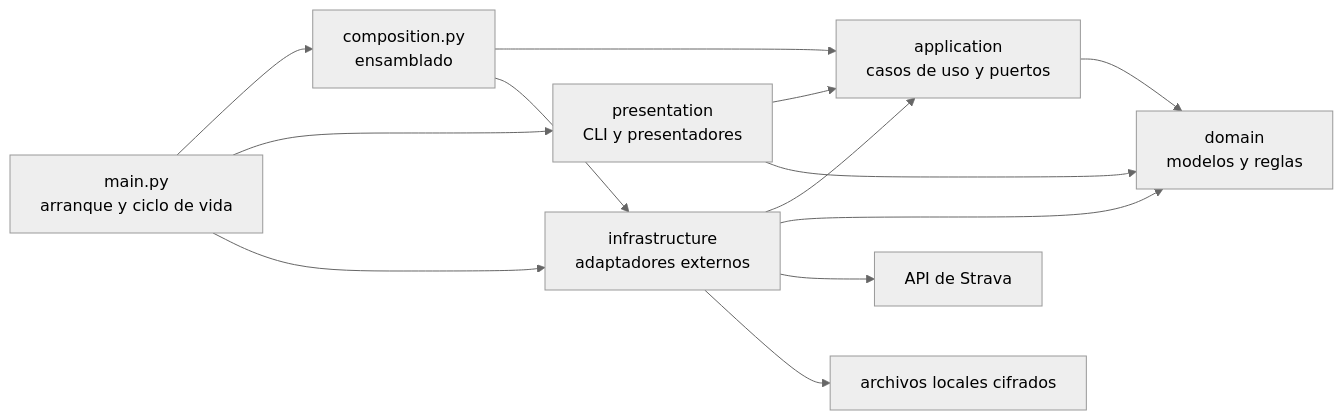
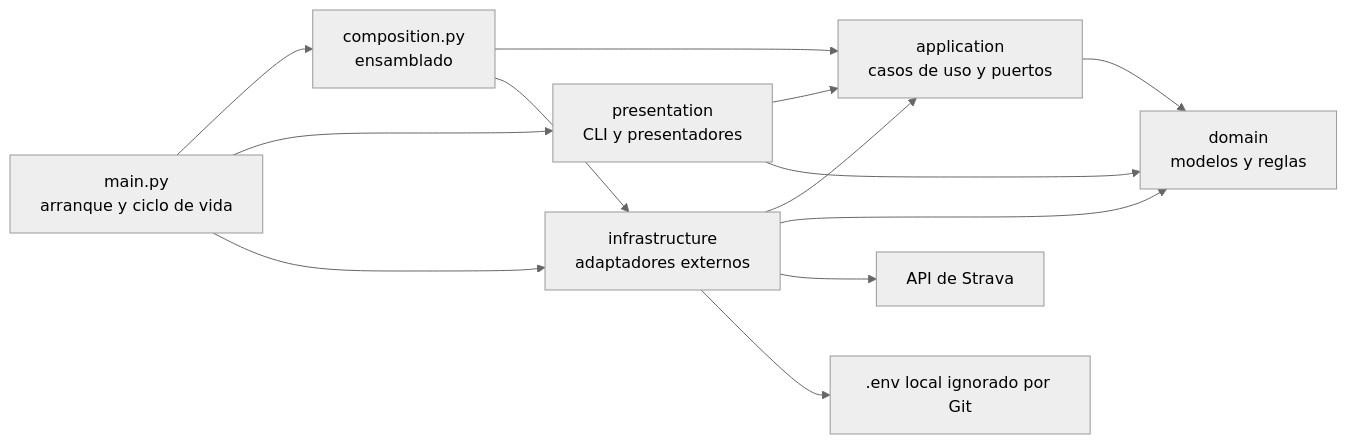
Before and after one commit to AlexAlgarate/strava_analisys: the diagram in docs/architecture.md, drawn with Mermaid (neutral theme). The commit also changed other lines of this file and 13 other files, not shown here.

Commit message:
refactor: store OAuth token in local env file

````diff
--- a/docs/architecture.md
+++ b/docs/architecture.md
@@ -7,24 +7,24 @@
 ```mermaid
 flowchart LR
     Main["main.py<br/>arranque y ciclo de vida"]
     Composition["composition.py<br/>ensamblado"]
     Presentation["presentation<br/>CLI y presentadores"]
     Application["application<br/>casos de uso y puertos"]
     Infrastructure["infrastructure<br/>adaptadores externos"]
     Domain["domain<br/>modelos y reglas"]
     Strava["API de Strava"]
-    Local["archivos locales cifrados"]
+    Local[".env local ignorado por Git"]
 
     Main --> Composition
     Main --> Presentation
     Main --> Infrastructure
     Composition --> Application
     Composition --> Infrastructure
     Presentation --> Application
     Presentation --> Domain
     Infrastructure --> Application
     Infrastructure --> Domain
     Application --> Domain
     Infrastructure --> Strava
     Infrastructure --> Local
 ```
````
